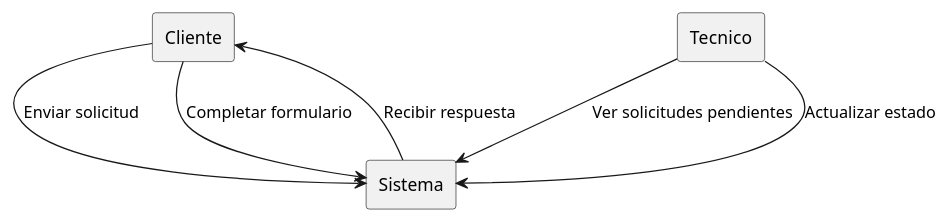
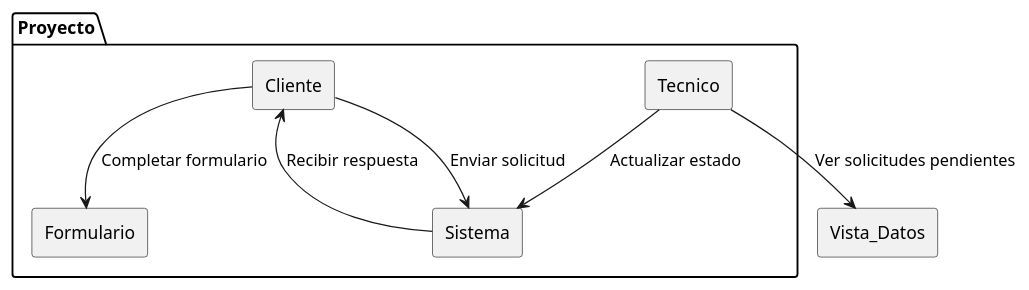
Before and after one commit to pablopeerezm/GII-TFG-2026: the diagram in Estudiantes/jorge-otero/capitulo2/DdR/DdC/codigo/DdC.puml, drawn with PlantUML. The commit also changed 7 other files, not shown here.

```diff
--- a/Estudiantes/jorge-otero/capitulo2/DdR/DdC/codigo/DdC.puml
+++ b/Estudiantes/jorge-otero/capitulo2/DdR/DdC/codigo/DdC.puml
@@ -1,16 +1,24 @@
 @startuml DdC
 
 top to bottom direction
 
+package "Proyecto" {
+
 rectangle Cliente
 rectangle Sistema
 rectangle Tecnico
+rectangle Formulario
 
 Cliente --> Sistema : Enviar solicitud
 Sistema --> Cliente : Recibir respuesta
-Cliente --> Sistema : Completar formulario
+Cliente --> Formulario : Completar formulario
 
-Tecnico --> Sistema : Ver solicitudes pendientes
 Tecnico --> Sistema : Actualizar estado
 
+}
+
+rectangle Vista_Datos
+
+Tecnico --> Vista_Datos : Ver solicitudes pendientes
+
 @enduml
```
